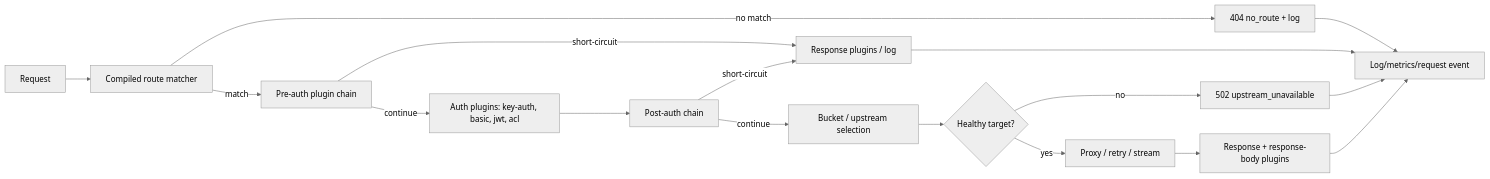
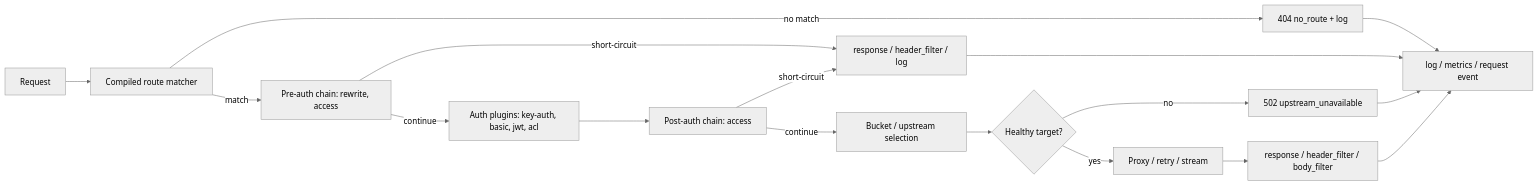
One commit to luozhouyang/octra changed the diagram in .livingdocs/architecture/api-request-path.md. Above: the diagram before and after it, drawn with Mermaid (neutral theme). The commit also changed other lines of this file and 7 other files, not shown here.

Commit message:
docs: adopt Kong seven-phase plugin and body model

````diff
--- a/.livingdocs/architecture/api-request-path.md
+++ b/.livingdocs/architecture/api-request-path.md
@@ -13,19 +13,19 @@
 ```mermaid
 flowchart LR
     In[Request] --> Match[Compiled route matcher]
     Match -->|no match| NotFound[404 no_route + log]
-    Match -->|match| Pre[Pre-auth plugin chain]
-    Pre -->|short-circuit| Response[Response plugins / log]
+    Match -->|match| Pre[Pre-auth chain: rewrite, access]
+    Pre -->|short-circuit| Response[response / header_filter / log]
     Pre -->|continue| Auth[Auth plugins: key-auth, basic, jwt, acl]
-    Auth --> Post[Post-auth chain]
+    Auth --> Post[Post-auth chain: access]
     Post -->|short-circuit| Response
     Post -->|continue| Select[Bucket / upstream selection]
     Select --> HCheck{Healthy target?}
     HCheck -->|no| BadGateway[502 upstream_unavailable]
     HCheck -->|yes| Proxy[Proxy / retry / stream]
-    Proxy --> Resp[Response + response-body plugins]
-    Resp --> Log[Log/metrics/request event]
+    Proxy --> Resp[response / header_filter / body_filter]
+    Resp --> Log[log / metrics / request event]
     BadGateway --> Log
     NotFound --> Log
     Response --> Log
 ```
````
